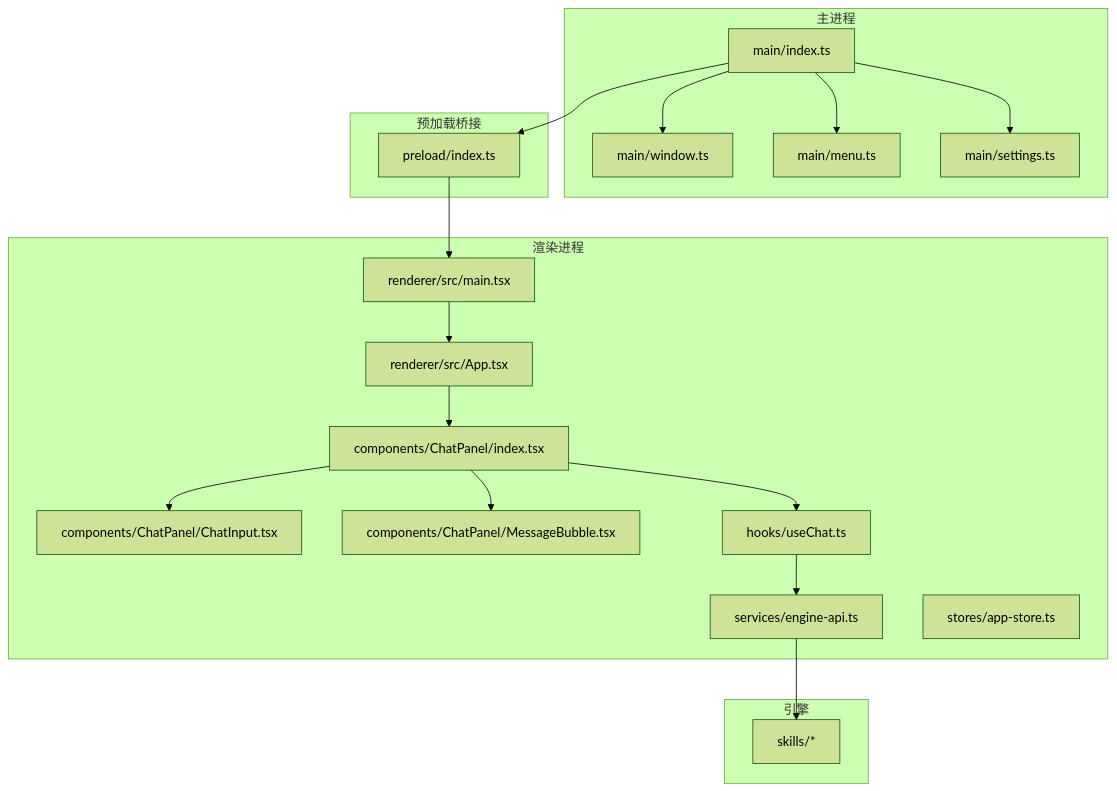
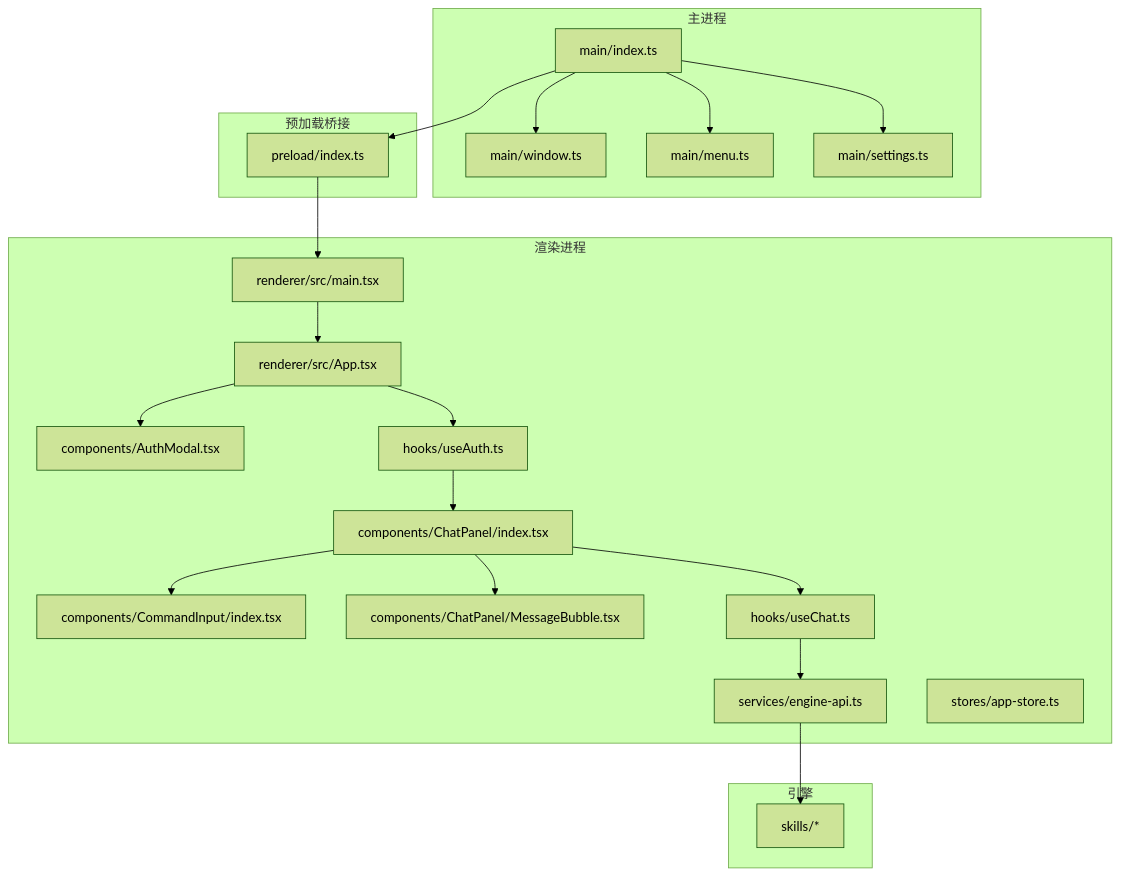
The first of 5 diagrams in .qoder/repowiki/zh/content/用户指南/用户指南.md (kkutysllb/KCoder), drawn with Mermaid (forest theme) before and after one commit. The commit also changed other lines of this file and 141 other files, not shown here.

````diff
--- a/.qoder/repowiki/zh/content/用户指南/用户指南.md
+++ b/.qoder/repowiki/zh/content/用户指南/用户指南.md
@@ -59,37 +70,41 @@
 ```mermaid
 graph TB
 subgraph "主进程"
 MIndex["main/index.ts"]
 MWindow["main/window.ts"]
 MMenu["main/menu.ts"]
 MSettings["main/settings.ts"]
 end
 subgraph "预加载桥接"
 Preload["preload/index.ts"]
 end
 subgraph "渲染进程"
 RMain["renderer/src/main.tsx"]
 RApp["renderer/src/App.tsx"]
+AuthModal["components/AuthModal.tsx"]
+UseAuth["hooks/useAuth.ts"]
 ChatPanel["components/ChatPanel/index.tsx"]
-ChatInput["components/ChatPanel/ChatInput.tsx"]
+ChatInput["components/CommandInput/index.tsx"]
 MessageBubble["components/ChatPanel/MessageBubble.tsx"]
 UseChat["hooks/useChat.ts"]
 EngineApi["services/engine-api.ts"]
 AppStore["stores/app-store.ts"]
 end
 subgraph "引擎"
 Skills["skills/*"]
 end
 MIndex --> MWindow
 MIndex --> MMenu
 MIndex --> MSettings
 MIndex --> Preload
 Preload --> RMain
 RMain --> RApp
-RApp --> ChatPanel
+RApp --> AuthModal
+RApp --> UseAuth
+UseAuth --> ChatPanel
 ChatPanel --> ChatInput
 ChatPanel --> MessageBubble
 ChatPanel --> UseChat
 UseChat --> EngineApi
 EngineApi --> Skills
 ```
````
